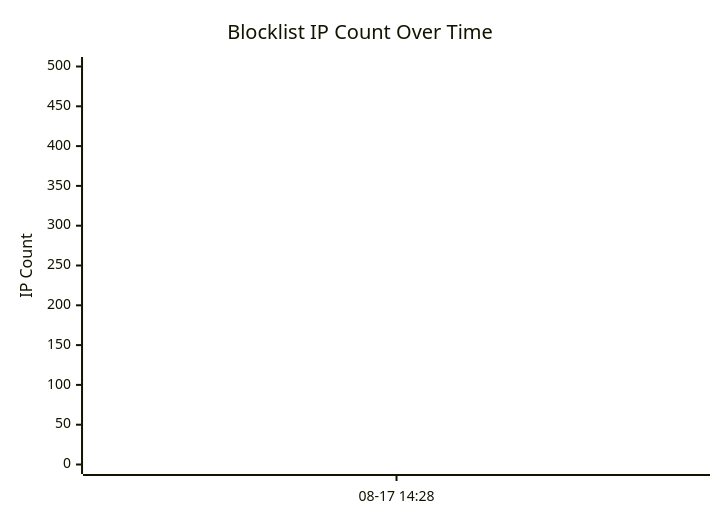
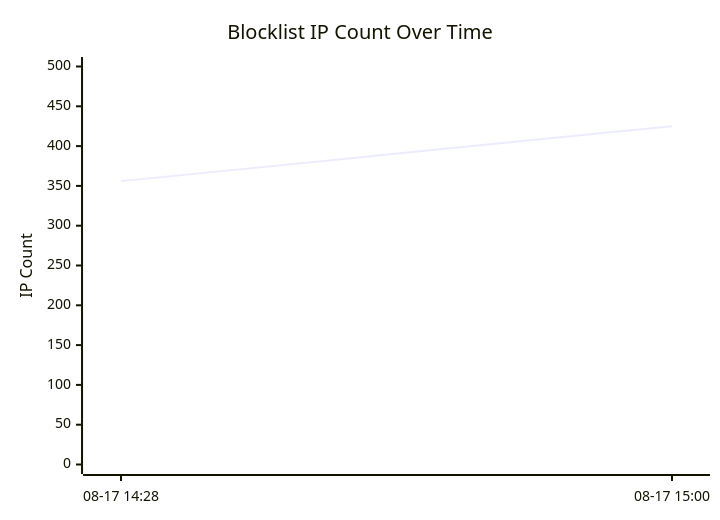
Before and after one commit to cercatrova21/blocklist: the diagram in README.md, drawn with Mermaid. The commit also changed other lines of this file and 2 other files, not shown here.

Commit message:
Update blocklist – 2026-08-17 15:00

````diff
--- a/README.md
+++ b/README.md
@@ -115,7 +115,7 @@
 ```mermaid
 xychart-beta
     title "Blocklist IP Count Over Time"
-    x-axis ["08-17 14:28"]
+    x-axis ["08-17 14:28", "08-17 15:00"]
     y-axis "IP Count" 0 --> 500
-    line [356]
+    line [356, 425]
 ```
````
